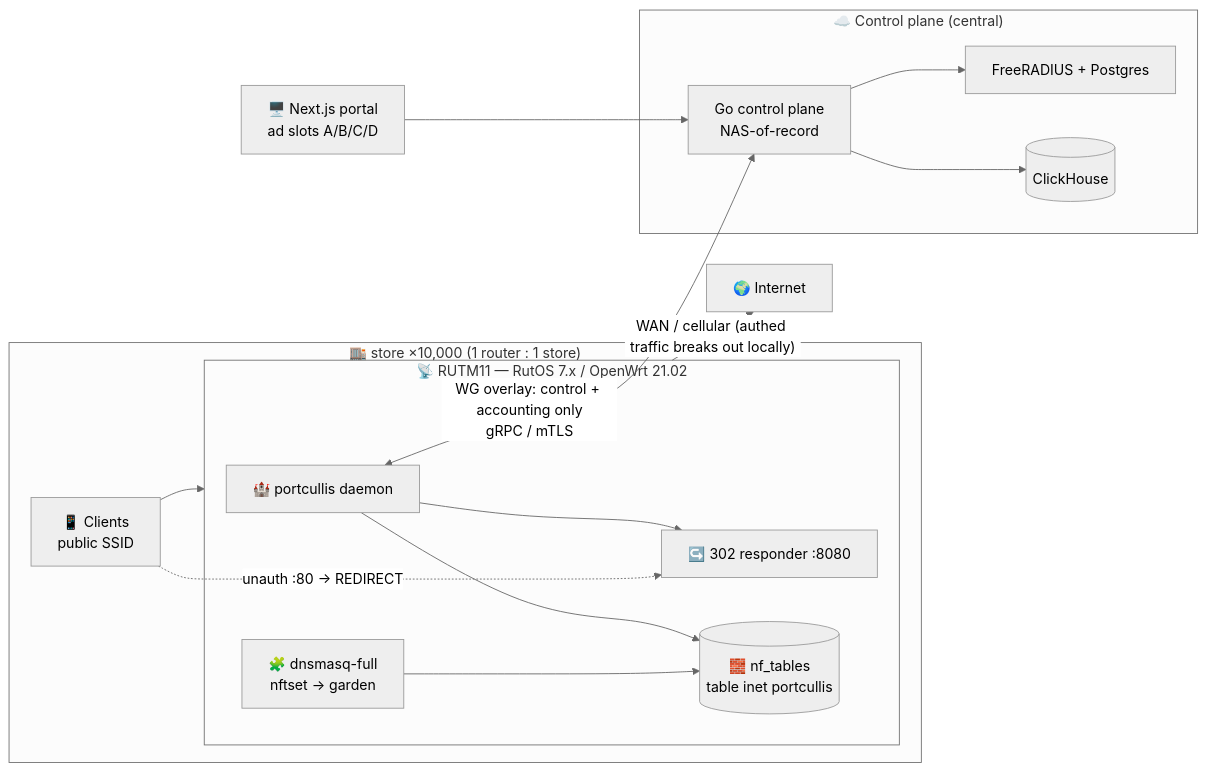
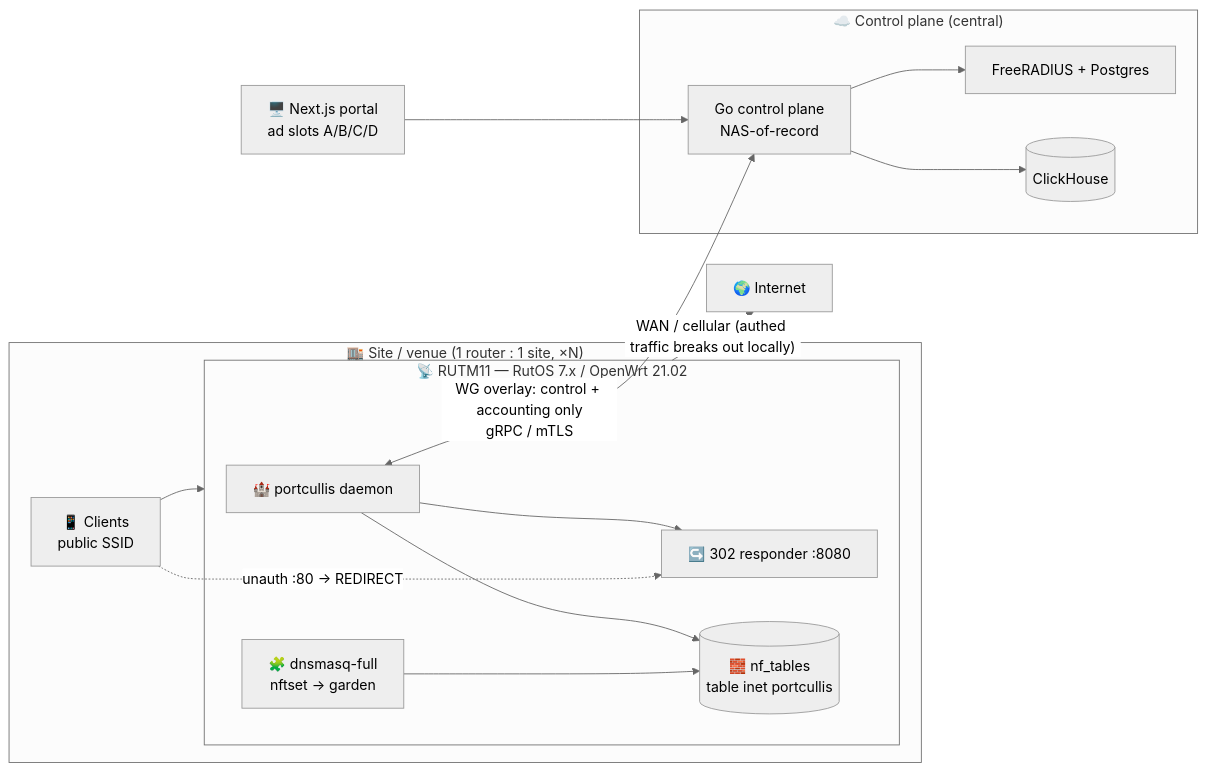
One commit to aupv9/portcullis-rust changed the first of 3 diagrams in README.md. Above: the diagram before and after it, drawn with Mermaid (neutral theme). The commit also changed other lines of this file and 13 other files, not shown here.

````diff
--- a/README.md
+++ b/README.md
@@ -38,28 +38,28 @@
 ```mermaid
 flowchart LR
-  subgraph Store["🏬 store ×10,000  (1 router : 1 store)"]
+  subgraph Store["🏬 Site / venue  (1 router : 1 site, ×N)"]
     C["📱 Clients<br/>public SSID"]
     subgraph R["📡 RUTM11 — RutOS 7.x / OpenWrt 21.02"]
       ENG["🏰 portcullis daemon"]
       RESP["↪️ 302 responder :8080"]
       DM["🧩 dnsmasq-full<br/>nftset → garden"]
       K[("🧱 nf_tables<br/>table inet portcullis")]
       ENG --> RESP
       ENG --> K
       DM --> K
     end
     C --> R
   end
   R -->|"WAN / cellular (authed traffic breaks out locally)"| NET["🌍 Internet"]
   C -. "unauth :80 → REDIRECT" .-> RESP
   ENG <-->|"WG overlay: control + accounting only<br/>gRPC / mTLS"| CP
 
   subgraph CPlane["☁️ Control plane (central)"]
     CP["Go control plane<br/>NAS-of-record"]
     RAD["FreeRADIUS + Postgres"]
     CH[("ClickHouse")]
     CP --> RAD
     CP --> CH
   end
   PORTAL["🖥️ Next.js portal<br/>ad slots A/B/C/D"] --> CP
 ```
````
